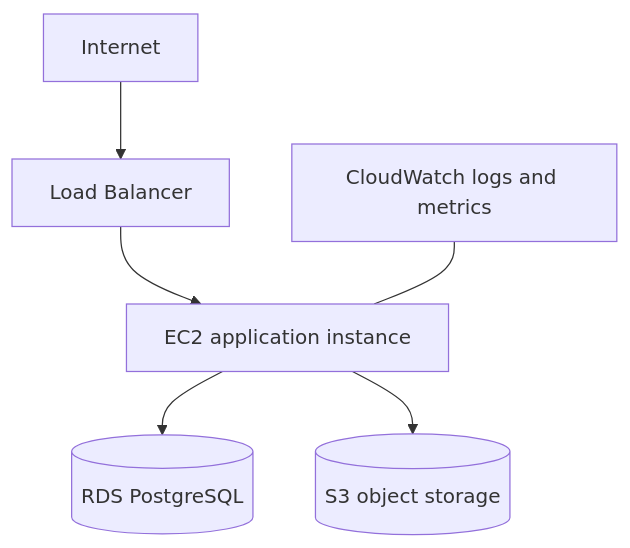
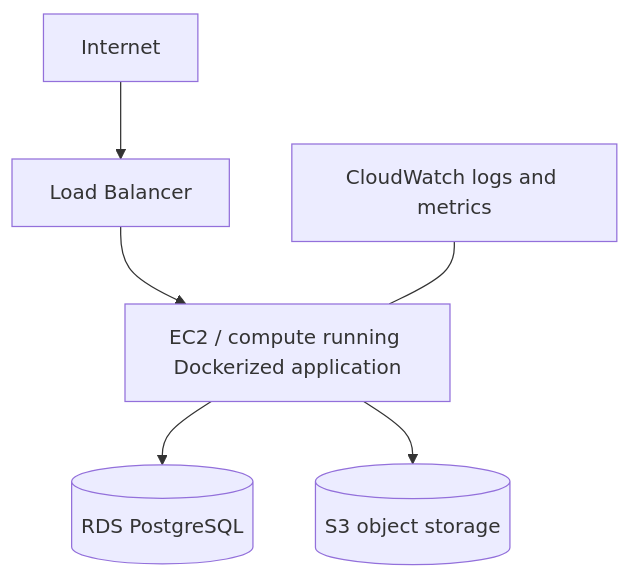
One commit to mazenessam77/cloud-devops-roadmap-2026 changed the diagram in diagrams/cloud-architecture.md. Above: the diagram before and after it, drawn with Mermaid. The commit also changed 9 other files, not shown here.

````diff
--- a/diagrams/cloud-architecture.md
+++ b/diagrams/cloud-architecture.md
@@ -3,8 +3,8 @@
 ```mermaid
 flowchart TD
  I[Internet] --> ALB[Load Balancer]
- ALB --> EC2[EC2 application instance]
+ ALB --> EC2[EC2 / compute running Dockerized application]
  EC2 --> RDS[(RDS PostgreSQL)]
  EC2 --> S3[(S3 object storage)]
  CW[CloudWatch logs and metrics] --- EC2
 ```
````
